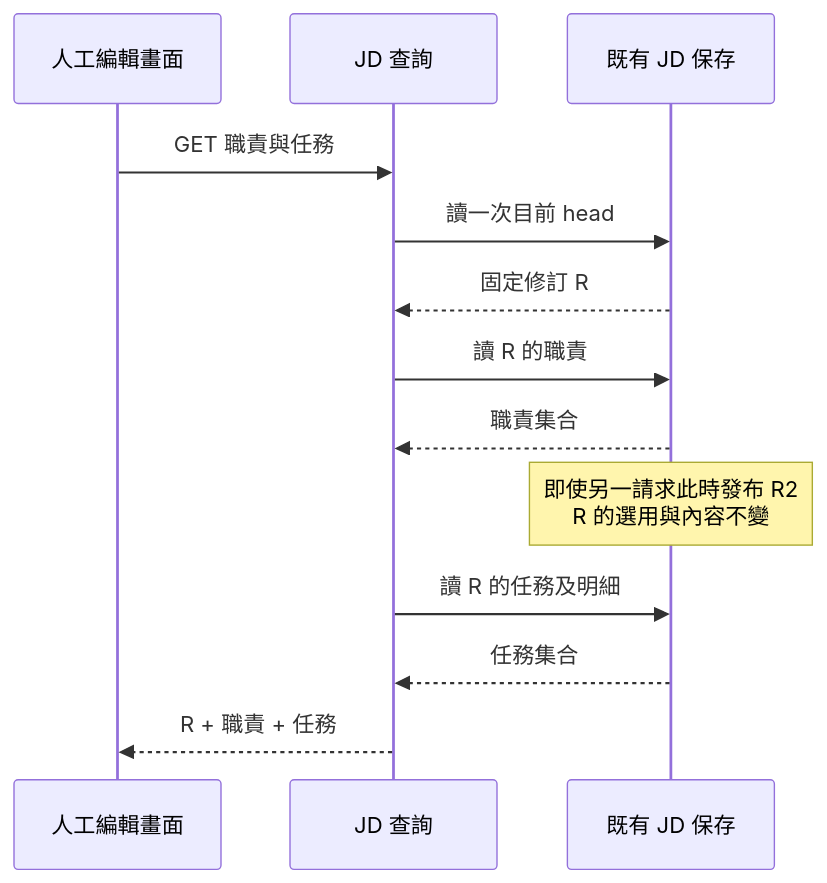
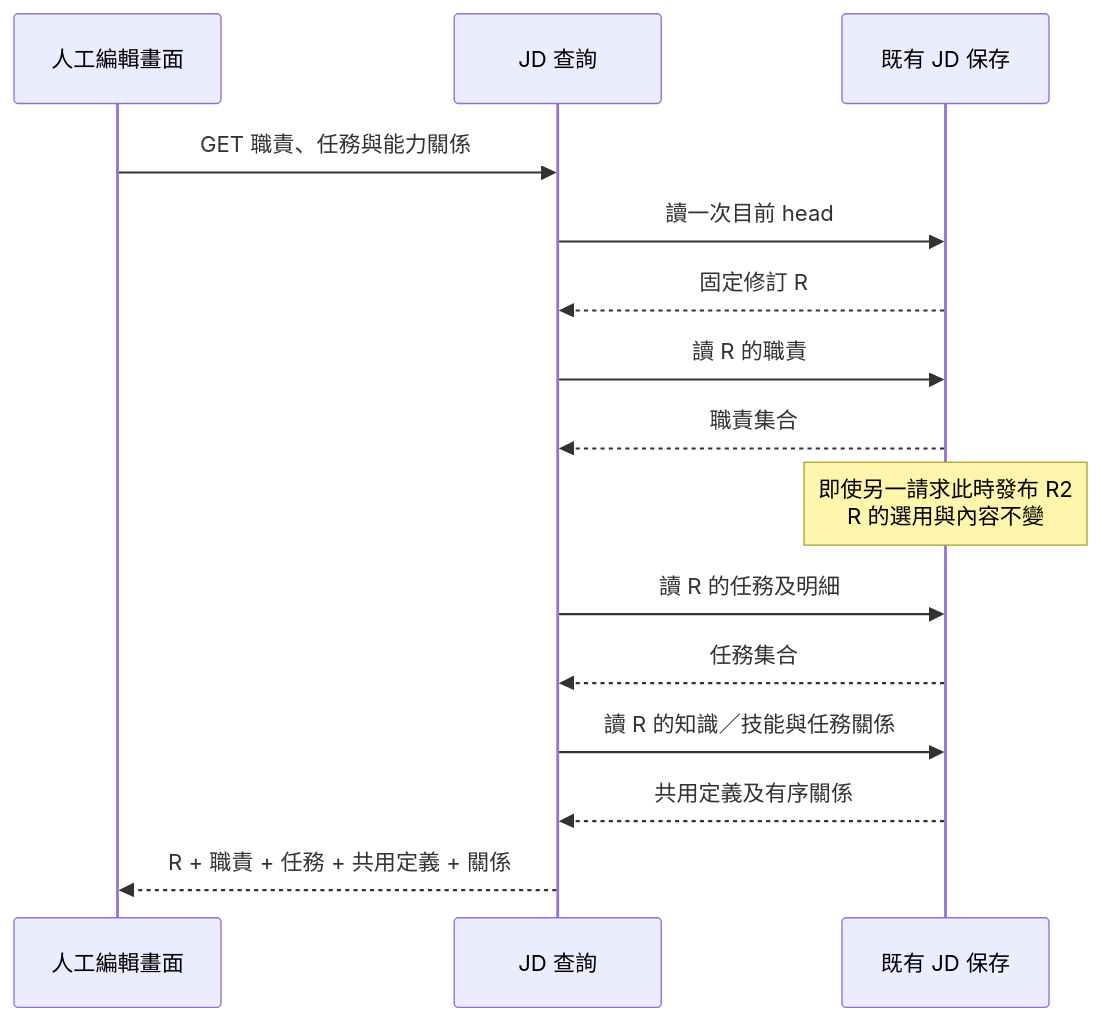
One commit to JD-Consultant/Caliburn changed the third of 5 diagrams in docs/implementation/jd-storage.md. Above: the diagram before and after it, drawn with Mermaid. The commit also changed other lines of this file and 26 other files, not shown here.

````diff
--- a/docs/implementation/jd-storage.md
+++ b/docs/implementation/jd-storage.md
@@ -151,15 +151,17 @@
 ```mermaid
 sequenceDiagram
   participant UI as 人工編輯畫面
   participant API as JD 查詢
   participant DB as 既有 JD 保存
-  UI->>API: GET 職責與任務
+  UI->>API: GET 職責、任務與能力關係
   API->>DB: 讀一次目前 head
   DB-->>API: 固定修訂 R
   API->>DB: 讀 R 的職責
   DB-->>API: 職責集合
   Note over DB: 即使另一請求此時發布 R2<br/>R 的選用與內容不變
   API->>DB: 讀 R 的任務及明細
   DB-->>API: 任務集合
-  API-->>UI: R + 職責 + 任務
+  API->>DB: 讀 R 的知識／技能與任務關係
+  DB-->>API: 共用定義及有序關係
+  API-->>UI: R + 職責 + 任務 + 共用定義 + 關係
 ```
````
